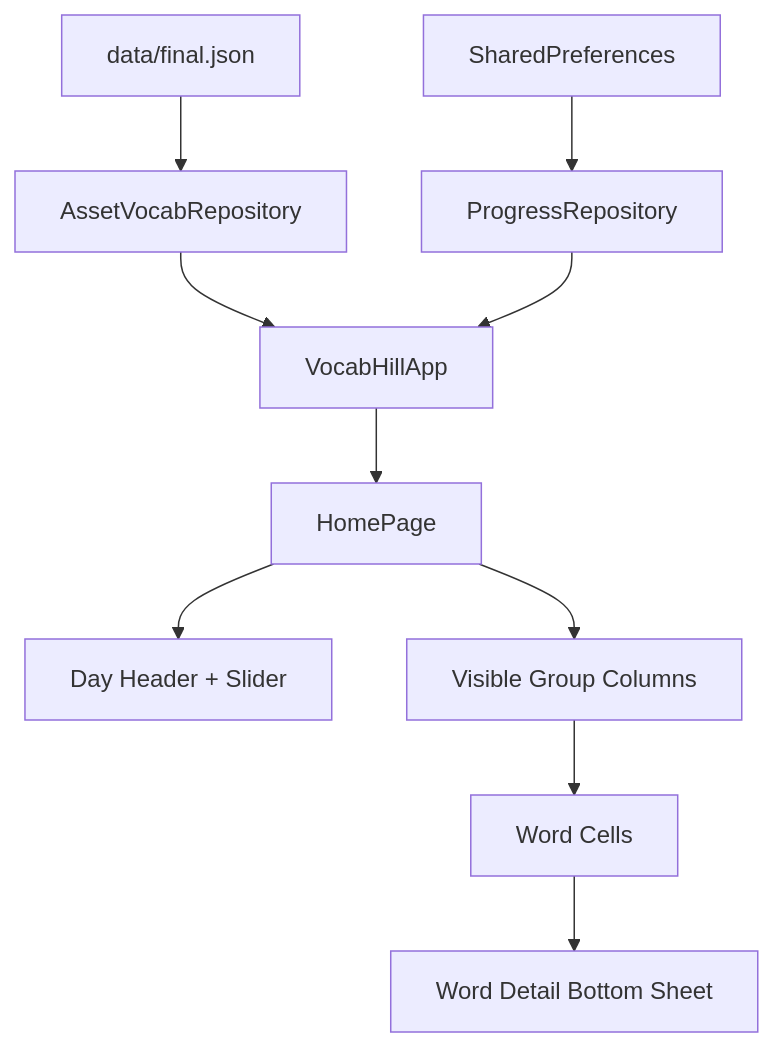
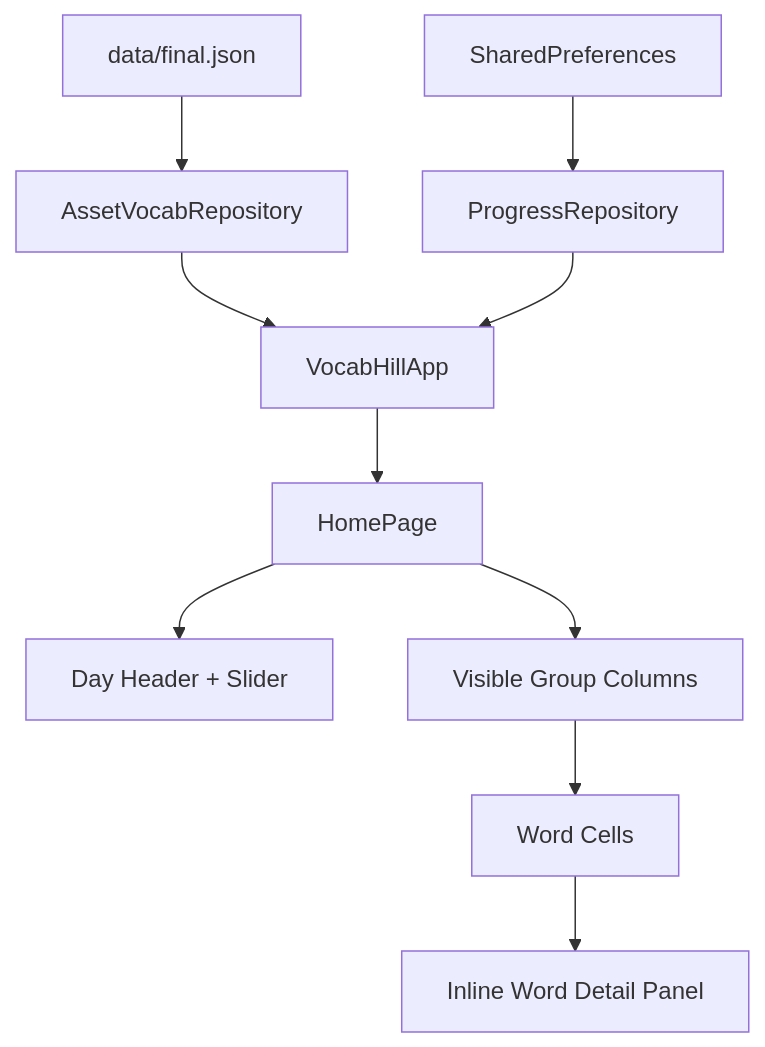
Before and after one commit to desertSniper87/vocab-hill: the diagram in docs/2-architecture/README.md, drawn with Mermaid. The commit also changed other lines of this file and 7 other files, not shown here.

````diff
--- a/docs/2-architecture/README.md
+++ b/docs/2-architecture/README.md
@@ -11,12 +11,12 @@
 ```mermaid
 flowchart TD
     A["data/final.json"] --> B["AssetVocabRepository"]
     P["SharedPreferences"] --> Q["ProgressRepository"]
     B --> C["VocabHillApp"]
     Q --> C
     C --> D["HomePage"]
     D --> E["Day Header + Slider"]
     D --> F["Visible Group Columns"]
     F --> G["Word Cells"]
-    G --> H["Word Detail Bottom Sheet"]
+    G --> H["Inline Word Detail Panel"]
 ```
````
